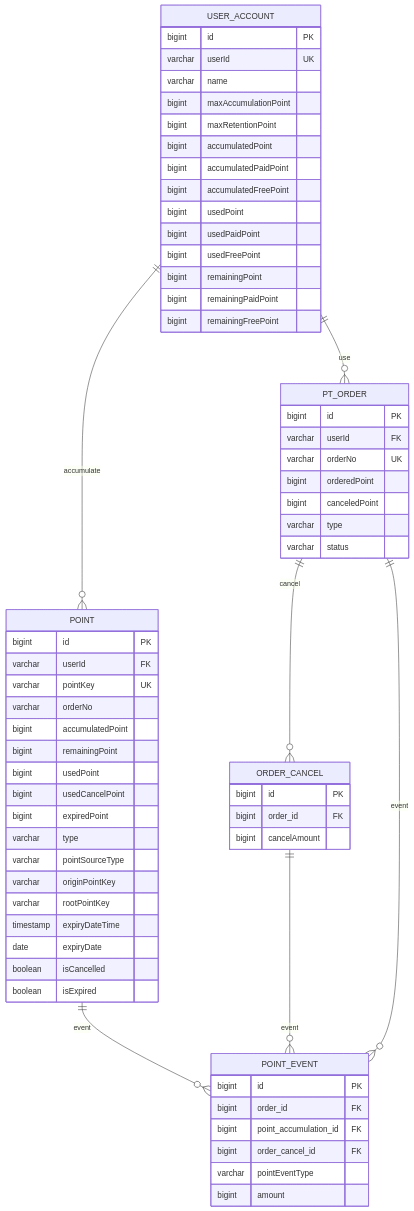
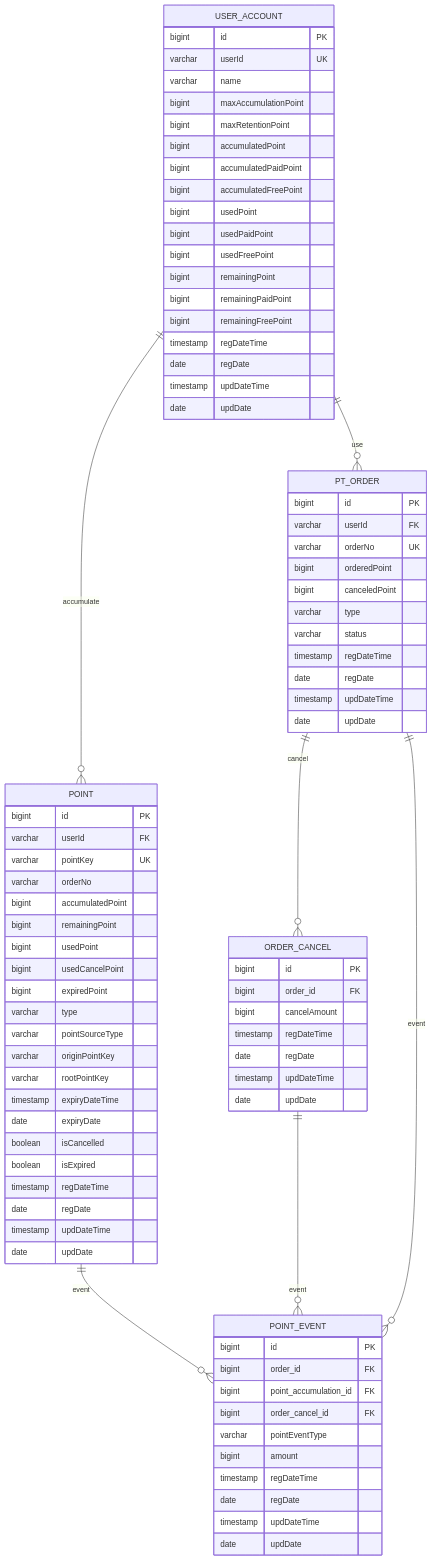
One commit to muzzaiwork/point changed the second of 2 diagrams in docs/데이터베이스 설계.md. Above: the diagram before and after it, drawn with Mermaid. The commit also changed other lines of this file, not shown here.

Commit message:
docs: ERD에 BaseEntity 공통 필드(regDateTime/regDate/updDateTime/updDate) 추가

````diff
--- a/docs/데이터베이스 설계.md
+++ b/docs/데이터베이스 설계.md
@@ -107,6 +127,10 @@
         bigint remainingPoint
         bigint remainingPaidPoint
         bigint remainingFreePoint
+        timestamp regDateTime
+        date regDate
+        timestamp updDateTime
+        date updDate
     }
 
     POINT {
@@ -127,6 +151,10 @@
         date expiryDate
         boolean isCancelled
         boolean isExpired
+        timestamp regDateTime
+        date regDate
+        timestamp updDateTime
+        date updDate
     }
 
     PT_ORDER {
@@ -137,12 +165,20 @@
         bigint canceledPoint
         varchar type
         varchar status
+        timestamp regDateTime
+        date regDate
+        timestamp updDateTime
+        date updDate
     }
 
     ORDER_CANCEL {
         bigint id PK
         bigint order_id FK
         bigint cancelAmount
+        timestamp regDateTime
+        date regDate
+        timestamp updDateTime
+        date updDate
     }
 
     POINT_EVENT {
@@ -152,6 +188,10 @@
         bigint order_cancel_id FK
         varchar pointEventType
         bigint amount
+        timestamp regDateTime
+        date regDate
+        timestamp updDateTime
+        date updDate
     }
 
 ```
````
